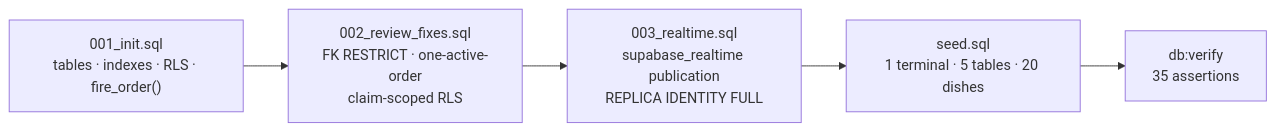
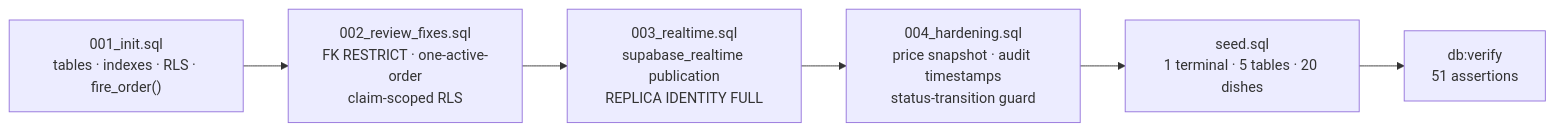
The sixth of 6 diagrams in README.md (kriti-on-git/AeyChhotu), drawn with Mermaid before and after one commit. The commit also changed other lines of this file and 10 other files, not shown here.

First line of the commit message:
Freeze the bill at fire time and verify it, via 004_hardening.sql

````diff
--- a/README.md
+++ b/README.md
@@ -483,7 +483,8 @@
 ```mermaid
 flowchart LR
     A["001_init.sql<br/>tables · indexes · RLS · fire_order()"] --> B["002_review_fixes.sql<br/>FK RESTRICT · one-active-order<br/>claim-scoped RLS"]
-    B --> C["003_realtime.sql<br/>supabase_realtime publication<br/>REPLICA IDENTITY FULL"]
-    C --> D["seed.sql<br/>1 terminal · 5 tables · 20 dishes"]
-    D --> E["db:verify<br/>35 assertions"]
+    B -->    C["003_realtime.sql<br/>supabase_realtime publication<br/>REPLICA IDENTITY FULL"]
+    C --> F["004_hardening.sql<br/>price snapshot · audit timestamps<br/>status-transition guard"]
+    F --> D["seed.sql<br/>1 terminal · 5 tables · 20 dishes"]
+    D --> E["db:verify<br/>51 assertions"]
 ```
````
